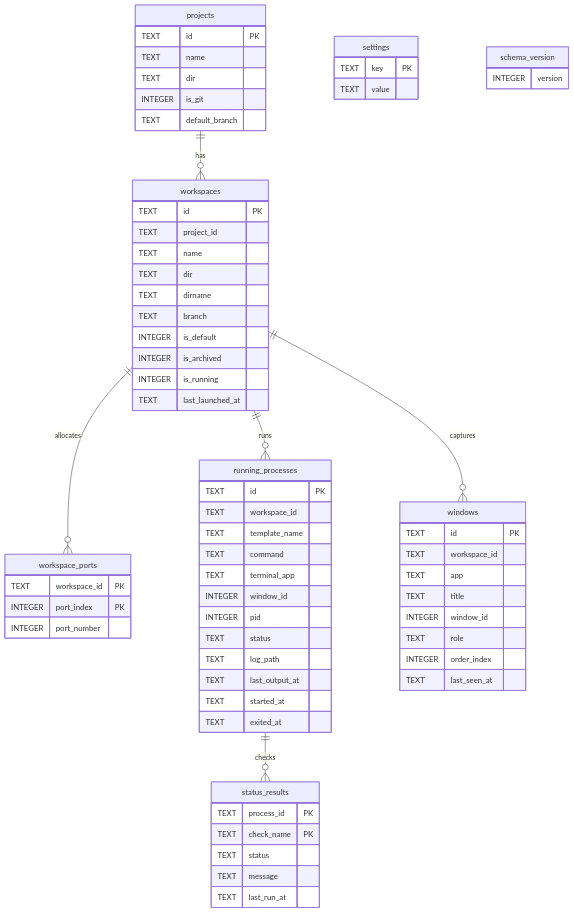
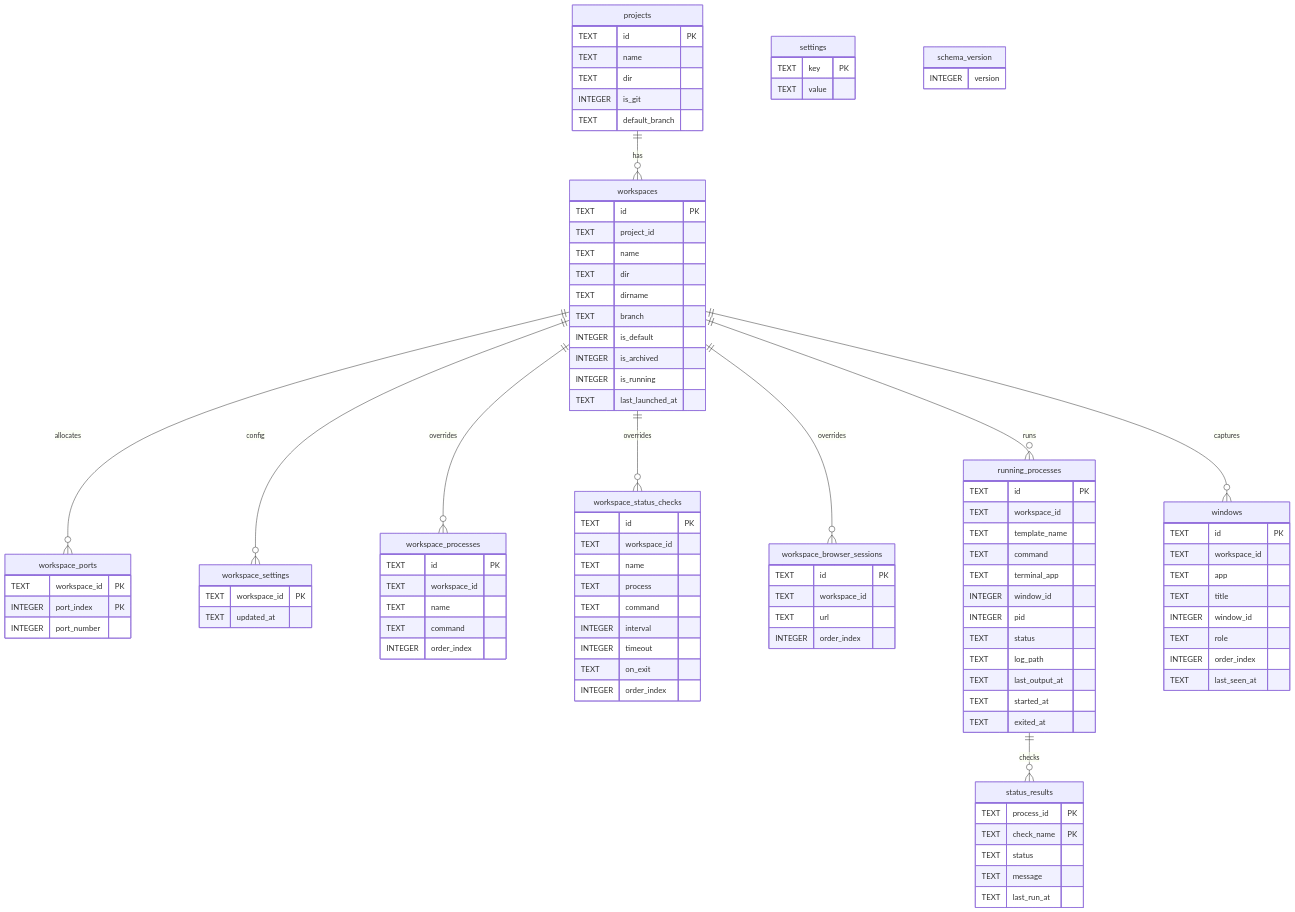
The second of 5 diagrams in docs/architecture.md (yogesh-dhande/spaces), drawn with Mermaid before and after one commit. The commit also changed other lines of this file and 12 other files, not shown here.

Commit message:
Store workspace settings in db

```diff
--- a/docs/architecture.md
+++ b/docs/architecture.md
@@ -51,6 +58,10 @@
 erDiagram
   projects ||--o{ workspaces : has
   workspaces ||--o{ workspace_ports : allocates
+  workspaces ||--o{ workspace_settings : config
+  workspaces ||--o{ workspace_processes : overrides
+  workspaces ||--o{ workspace_status_checks : overrides
+  workspaces ||--o{ workspace_browser_sessions : overrides
   workspaces ||--o{ running_processes : runs
   running_processes ||--o{ status_results : checks
   workspaces ||--o{ windows : captures
@@ -80,6 +91,38 @@
     TEXT workspace_id PK
     INTEGER port_index PK
     INTEGER port_number
+  }
+
+  workspace_settings {
+    TEXT workspace_id PK
+    TEXT updated_at
+  }
+
+  workspace_processes {
+    TEXT id PK
+    TEXT workspace_id
+    TEXT name
+    TEXT command
+    INTEGER order_index
+  }
+
+  workspace_status_checks {
+    TEXT id PK
+    TEXT workspace_id
+    TEXT name
+    TEXT process
+    TEXT command
+    INTEGER interval
+    INTEGER timeout
+    TEXT on_exit
+    INTEGER order_index
+  }
+
+  workspace_browser_sessions {
+    TEXT id PK
+    TEXT workspace_id
+    TEXT url
+    INTEGER order_index
   }
 
   running_processes {
```
